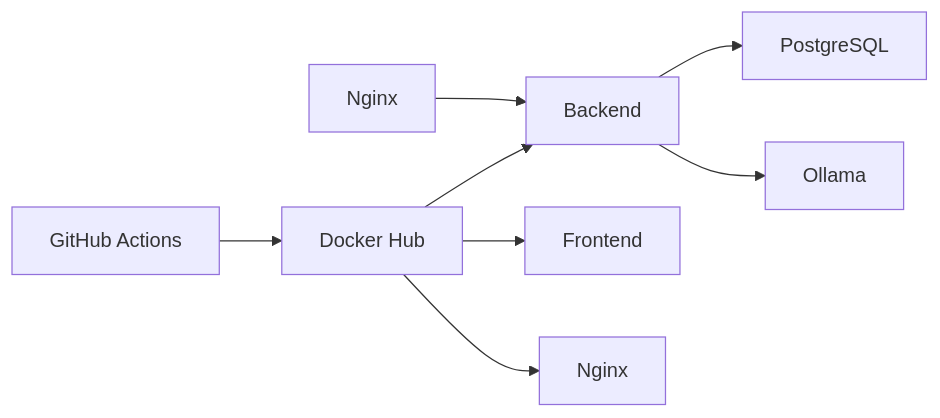
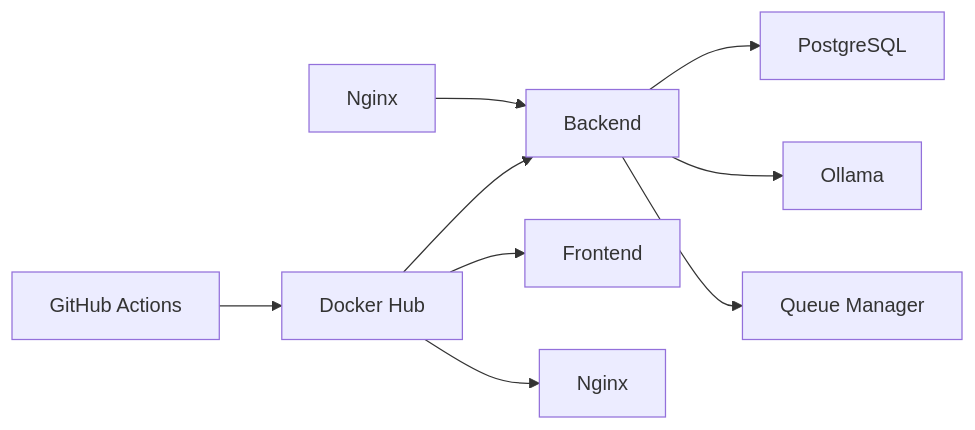
One commit to Revanththetalogics/aireume changed the fifth of 5 diagrams in .qoder/repowiki/en/content/Advanced Topics/Scaling Considerations.md. Above: the diagram before and after it, drawn with Mermaid. The commit also changed other lines of this file and 6 other files, not shown here.

````diff
--- a/.qoder/repowiki/en/content/Advanced Topics/Scaling Considerations.md
+++ b/.qoder/repowiki/en/content/Advanced Topics/Scaling Considerations.md
@@ -277,10 +350,11 @@
 ```mermaid
 graph LR
 NGINX["Nginx"] --> BE["Backend"]
 BE --> DB["PostgreSQL"]
 BE --> LLM["Ollama"]
+BE --> QUEUE["Queue Manager"]
 CI["GitHub Actions"] --> REG["Docker Hub"]
 REG --> BE
 REG --> FE["Frontend"]
 REG --> NG["Nginx"]
 ```
````
